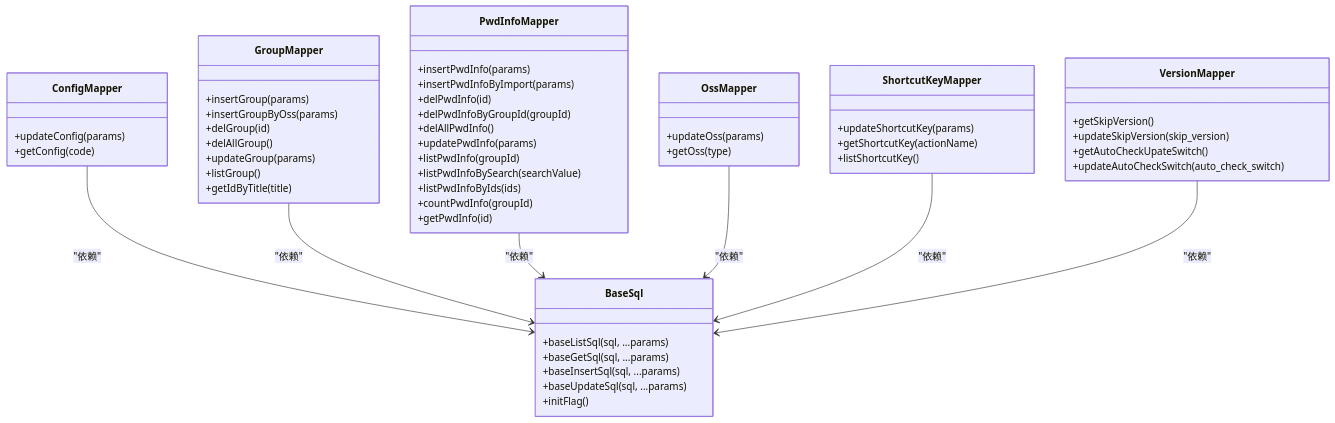
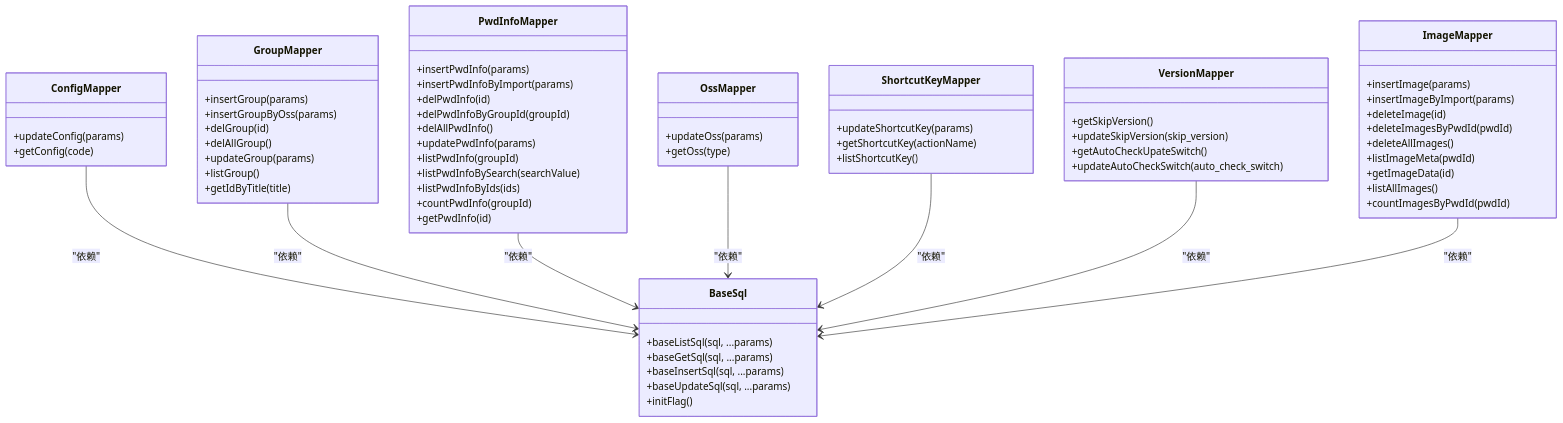
Before and after one commit to scgithub3220216/password-manager: the third of 5 diagrams in .qoder/repowiki/zh/content/架构设计/数据库层架构/Mapper层设计/Mapper层设计.md, drawn with Mermaid. The commit also changed other lines of this file and 9 other files, not shown here.

First line of the commit message:
feat(sync): 新增图像数据同步支持

````diff
--- a/.qoder/repowiki/zh/content/架构设计/数据库层架构/Mapper层设计/Mapper层设计.md
+++ b/.qoder/repowiki/zh/content/架构设计/数据库层架构/Mapper层设计/Mapper层设计.md
@@ -268,57 +303,69 @@
 ```mermaid
 classDiagram
 class BaseSql {
 +baseListSql(sql, ...params)
 +baseGetSql(sql, ...params)
 +baseInsertSql(sql, ...params)
 +baseUpdateSql(sql, ...params)
 +initFlag()
 }
 class ConfigMapper {
 +updateConfig(params)
 +getConfig(code)
 }
 class GroupMapper {
 +insertGroup(params)
 +insertGroupByOss(params)
 +delGroup(id)
 +delAllGroup()
 +updateGroup(params)
 +listGroup()
 +getIdByTitle(title)
 }
 class PwdInfoMapper {
 +insertPwdInfo(params)
 +insertPwdInfoByImport(params)
 +delPwdInfo(id)
 +delPwdInfoByGroupId(groupId)
 +delAllPwdInfo()
 +updatePwdInfo(params)
 +listPwdInfo(groupId)
 +listPwdInfoBySearch(searchValue)
 +listPwdInfoByIds(ids)
 +countPwdInfo(groupId)
 +getPwdInfo(id)
 }
 class OssMapper {
 +updateOss(params)
 +getOss(type)
 }
 class ShortcutKeyMapper {
 +updateShortcutKey(params)
 +getShortcutKey(actionName)
 +listShortcutKey()
 }
 class VersionMapper {
 +getSkipVersion()
 +updateSkipVersion(skip_version)
 +getAutoCheckUpateSwitch()
 +updateAutoCheckSwitch(auto_check_switch)
 }
+class ImageMapper {
++insertImage(params)
++insertImageByImport(params)
++deleteImage(id)
++deleteImagesByPwdId(pwdId)
++deleteAllImages()
++listImageMeta(pwdId)
++getImageData(id)
++listAllImages()
++countImagesByPwdId(pwdId)
+}
 ConfigMapper --> BaseSql : "依赖"
 GroupMapper --> BaseSql : "依赖"
 PwdInfoMapper --> BaseSql : "依赖"
 OssMapper --> BaseSql : "依赖"
 ShortcutKeyMapper --> BaseSql : "依赖"
 VersionMapper --> BaseSql : "依赖"
+ImageMapper --> BaseSql : "依赖"
 ```
````
